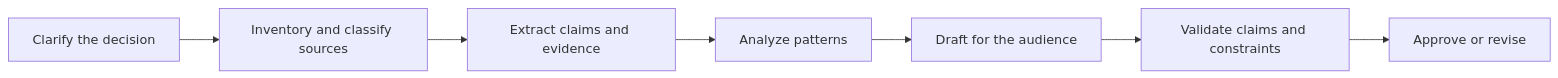
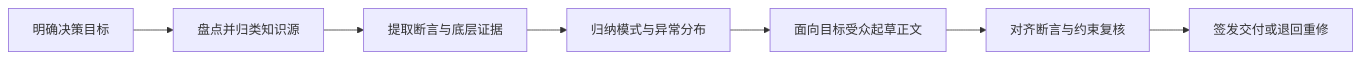
Before and after one commit to cluster1900/ai-engineering-from-scratch-zh: the diagram in certifications/claude/lessons/03-prompting-and-task-decomposition/docs/en.md, drawn with Mermaid. The commit also changed other lines of this file and 187 other files, not shown here.

````diff
--- a/certifications/claude/lessons/03-prompting-and-task-decomposition/docs/en.md
+++ b/certifications/claude/lessons/03-prompting-and-task-decomposition/docs/en.md
@@ -91,9 +90,9 @@
 ```mermaid
 flowchart LR
-    A["Clarify the decision"] --> B["Inventory and classify sources"]
-    B --> C["Extract claims and evidence"]
-    C --> D["Analyze patterns"]
-    D --> E["Draft for the audience"]
-    E --> F["Validate claims and constraints"]
-    F --> G["Approve or revise"]
+    A["明确决策目标"] --> B["盘点并归类知识源"]
+    B --> C["提取断言与底层证据"]
+    C --> D["归纳模式与异常分布"]
+    D --> E["面向目标受众起草正文"]
+    E --> F["对齐断言与约束复核"]
+    F --> G["签发交付或退回重修"]
 ```
````
